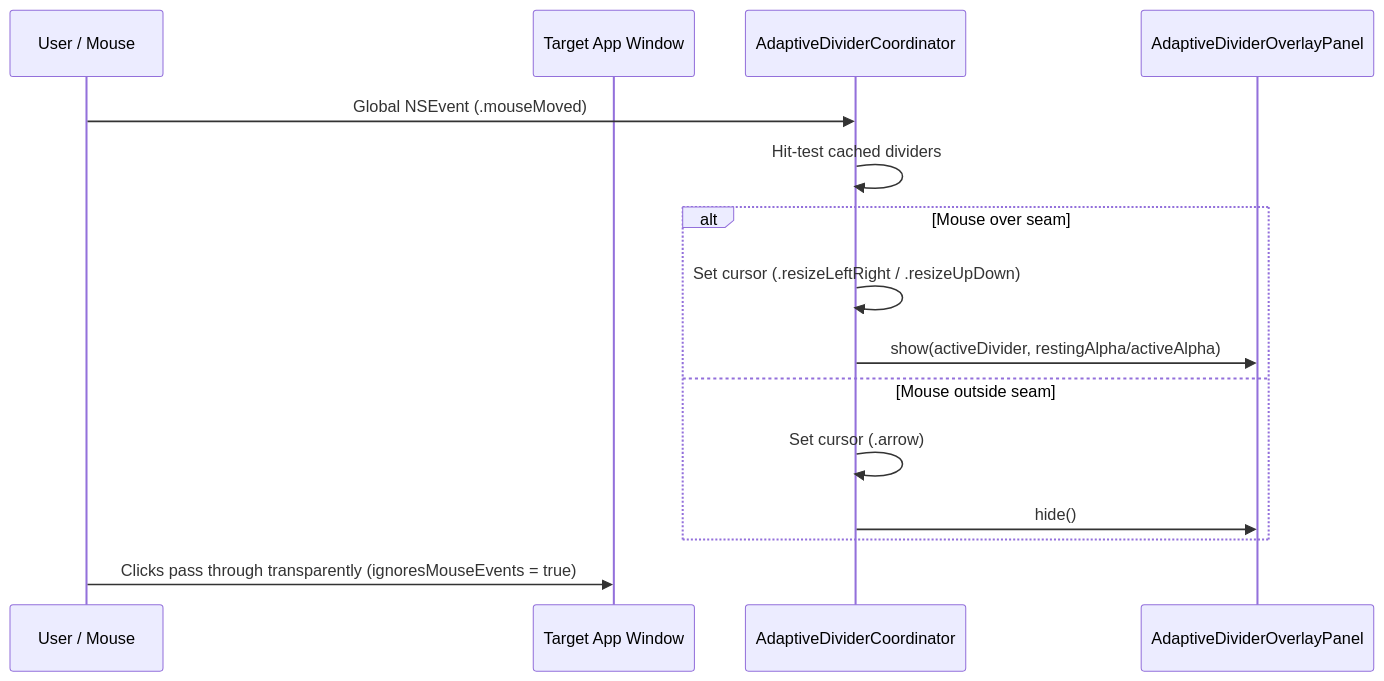
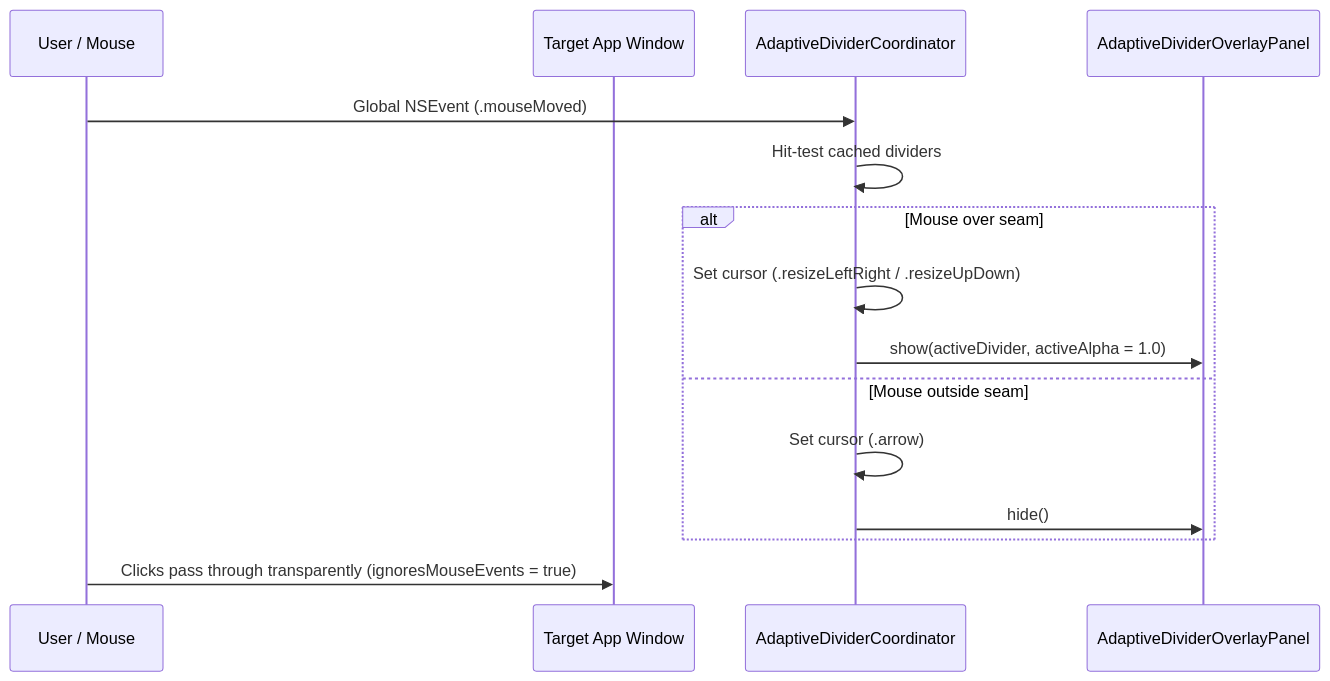
The second of 7 diagrams in docs/features/adaptive-divider-resize/README.md (ahauy/FlowSnap), drawn with Mermaid before and after one commit. The commit also changed other lines of this file and 9 other files, not shown here.

Commit message:
docs: add workspace snapshot feature documentation, user guide, and roadmap update

````diff
--- a/docs/features/adaptive-divider-resize/README.md
+++ b/docs/features/adaptive-divider-resize/README.md
@@ -361,18 +361,18 @@
 ```mermaid
 sequenceDiagram
     participant User as User / Mouse
     participant App as Target App Window
     participant Coord as AdaptiveDividerCoordinator
     participant Overlay as AdaptiveDividerOverlayPanel
 
     User->>Coord: Global NSEvent (.mouseMoved)
     Coord->>Coord: Hit-test cached dividers
     alt Mouse over seam
         Coord->>Coord: Set cursor (.resizeLeftRight / .resizeUpDown)
-        Coord->>Overlay: show(activeDivider, restingAlpha/activeAlpha)
+        Coord->>Overlay: show(activeDivider, activeAlpha = 1.0)
     else Mouse outside seam
         Coord->>Coord: Set cursor (.arrow)
         Coord->>Overlay: hide()
     end
     User->>App: Clicks pass through transparently (ignoresMouseEvents = true)
 ```
````
